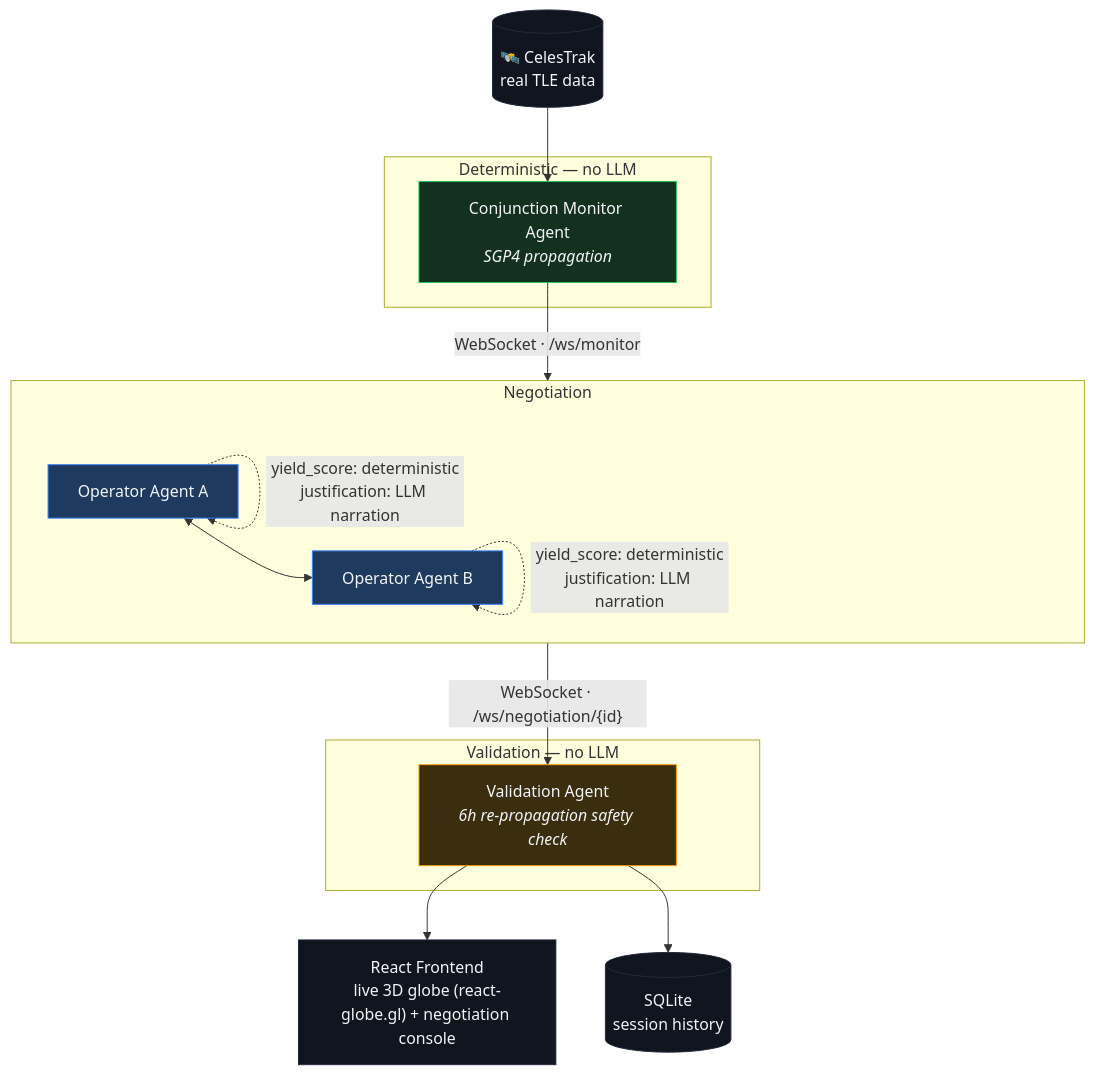
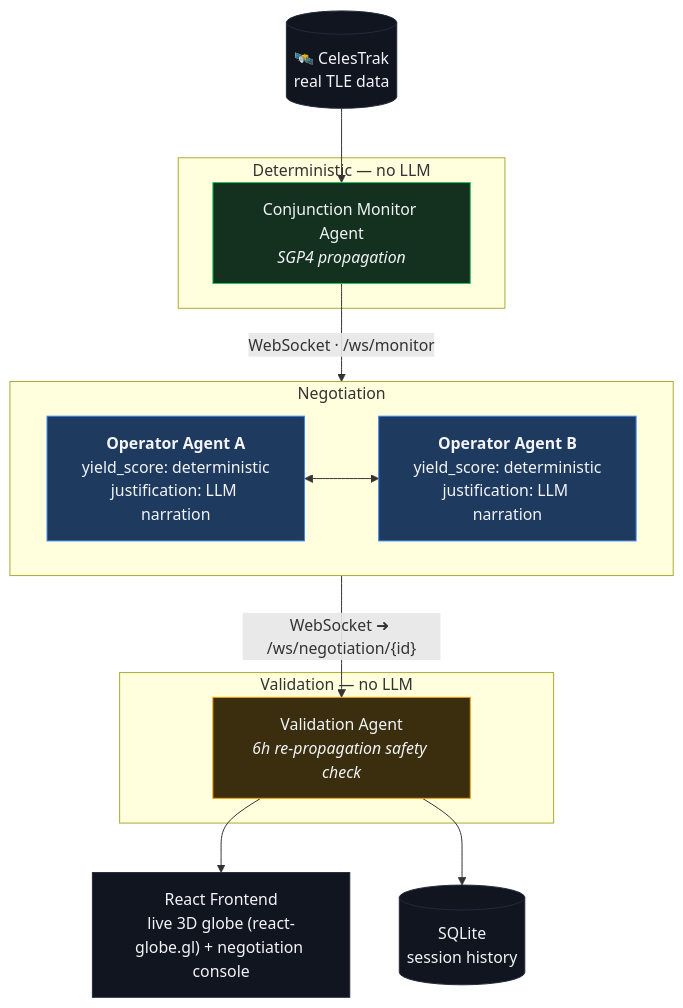
Before and after one commit to Sxmxrth05/aegis: the diagram in README.md, drawn with Mermaid. The commit also changed other lines of this file, not shown here.

Commit message:
docs: fix markdown formatting for previews, architecture diagram, and text list

````diff
--- a/README.md
+++ b/README.md
@@ -66,37 +68,34 @@
 ```mermaid
 flowchart TD
     A[("🛰️ CelesTrak<br/>real TLE data")] --> B
 
     subgraph DET["Deterministic — no LLM"]
         B["Conjunction Monitor Agent<br/><i>SGP4 propagation</i>"]
     end
 
     B -- "WebSocket · /ws/monitor" --> C
 
     subgraph NEG["Negotiation"]
         direction LR
-        C["Operator Agent A"] <--> D["Operator Agent B"]
+        C["<b>Operator Agent A</b><br/>yield_score: deterministic<br/>justification: LLM narration"] <--> D["<b>Operator Agent B</b><br/>yield_score: deterministic<br/>justification: LLM narration"]
     end
 
-    C -.->|"yield_score: deterministic<br/>justification: LLM narration"| C
-    D -.->|"yield_score: deterministic<br/>justification: LLM narration"| D
-
-    NEG -- "WebSocket · /ws/negotiation/{id}" --> E
+    NEG -- "WebSocket ➜ /ws/negotiation/{id}" --> E
 
     subgraph VAL["Validation — no LLM"]
         E["Validation Agent<br/><i>6h re-propagation safety check</i>"]
     end
 
     E --> F["React Frontend<br/>live 3D globe (react-globe.gl) + negotiation console"]
     E --> G[("SQLite<br/>session history")]
 
     classDef det fill:#143120,stroke:#22c55e,color:#f2f4f8;
     classDef neg fill:#1e3a5f,stroke:#3b82f6,color:#f2f4f8;
     classDef val fill:#3a2e0f,stroke:#f59e0b,color:#f2f4f8;
     classDef store fill:#10151f,stroke:#232a3b,color:#f2f4f8;
 
     class B det;
     class C,D neg;
     class E val;
     class A,F,G store;
 ```
````
